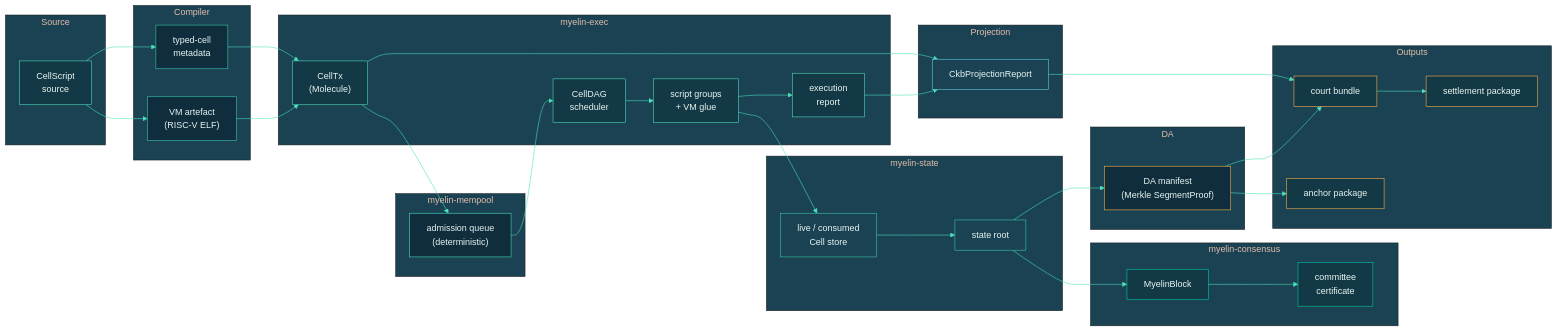
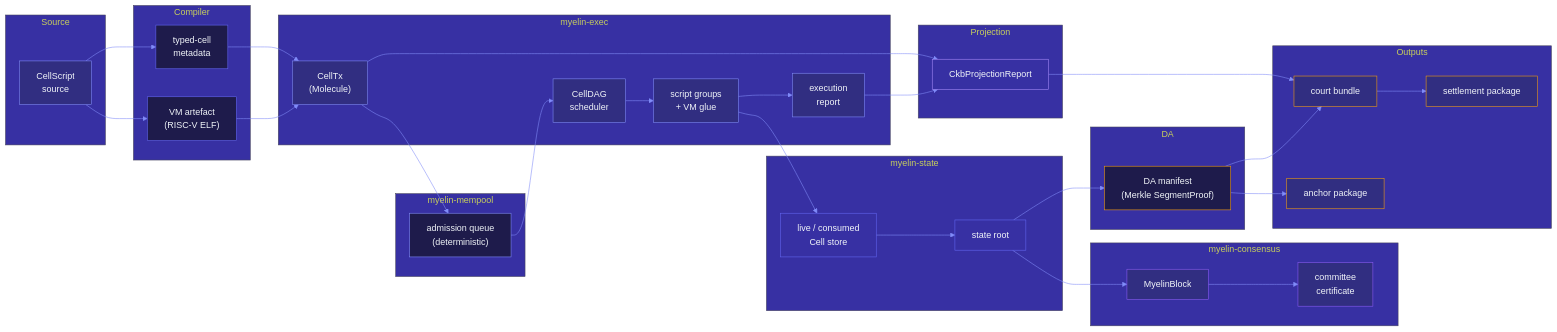
Before and after one commit to Myelin-Labs/Myelin: the first of 2 diagrams in docs/architecture/overview.md, drawn with Mermaid. The commit also changed other lines of this file and 31 other files, not shown here.

````diff
--- a/docs/architecture/overview.md
+++ b/docs/architecture/overview.md
@@ -10,80 +10,80 @@
 ```mermaid
 %%{init: {
   "theme": "base",
   "themeVariables": {
-    "primaryColor": "#0F2D3D",
-    "primaryTextColor": "#E8F5F1",
-    "primaryBorderColor": "#3CCBAA",
-    "lineColor": "#4EE0BC",
-    "secondaryColor": "#143946",
-    "tertiaryColor": "#1A4253",
+    "primaryColor": "#1E1B4B",
+    "primaryTextColor": "#F1F5F9",
+    "primaryBorderColor": "#6366F1",
+    "lineColor": "#818CF8",
+    "secondaryColor": "#312E81",
+    "tertiaryColor": "#3730A3",
     "fontFamily": "Inter, system-ui, sans-serif"
   }
 }}%%
 flowchart LR
     subgraph SRC["Source"]
         A["CellScript<br/>source"]:::src
     end
     subgraph COMP["Compiler"]
         B["typed-cell<br/>metadata"]:::comp
         C["VM artefact<br/>(RISC-V ELF)"]:::comp
     end
     subgraph EXEC["myelin-exec"]
         D["CellTx<br/>(Molecule)"]:::exec
         E["CellDAG<br/>scheduler"]:::exec
         F["script groups<br/>+ VM glue"]:::exec
         G["execution<br/>report"]:::exec
     end
     subgraph STATE["myelin-state"]
         H["live / consumed<br/>Cell store"]:::state
         I["state root"]:::state
     end
     subgraph POOL["myelin-mempool"]
         J["admission queue<br/>(deterministic)"]:::pool
     end
     subgraph CONS["myelin-consensus"]
         K["committee<br/>certificate"]:::cons
         L["MyelinBlock"]:::cons
     end
     subgraph PROJ["Projection"]
         M["CkbProjectionReport"]:::proj
     end
     subgraph DA["DA"]
         N["DA manifest<br/>(Merkle SegmentProof)"]:::da
     end
     subgraph OUT["Outputs"]
         O["court bundle"]:::out
         P["settlement package"]:::out
         Q["anchor package"]:::out
     end
 
     A --> B
     A --> C
     B --> D
     C --> D
     D --> J
     J --> E
     E --> F
     F --> G
     F --> H
     H --> I
     I --> L
     D --> M
     G --> M
     I --> N
     L --> K
     M --> O
     N --> O
     N --> Q
     O --> P
 
-    classDef src  fill:#143946,stroke:#4EE0BC,color:#E8F5F1;
-    classDef comp fill:#0F2D3D,stroke:#3CCBAA,color:#E8F5F1;
-    classDef exec fill:#143946,stroke:#4EE0BC,color:#E8F5F1;
-    classDef state fill:#1A4253,stroke:#3CCBAA,color:#E8F5F1;
-    classDef pool fill:#0F2D3D,stroke:#4EE0BC,color:#E8F5F1;
-    classDef cons fill:#143946,stroke:#00CC9F,color:#E8F5F1;
-    classDef proj fill:#1A4253,stroke:#5DD4E5,color:#E8F5F1;
-    classDef da   fill:#0F2D3D,stroke:#FFB347,color:#E8F5F1;
-    classDef out  fill:#143946,stroke:#FFB347,color:#E8F5F1;
+    classDef src  fill:#312E81,stroke:#818CF8,color:#F1F5F9;
+    classDef comp fill:#1E1B4B,stroke:#6366F1,color:#F1F5F9;
+    classDef exec fill:#312E81,stroke:#818CF8,color:#F1F5F9;
+    classDef state fill:#3730A3,stroke:#6366F1,color:#F1F5F9;
+    classDef pool fill:#1E1B4B,stroke:#818CF8,color:#F1F5F9;
+    classDef cons fill:#312E81,stroke:#8B5CF6,color:#F1F5F9;
+    classDef proj fill:#3730A3,stroke:#A78BFA,color:#F1F5F9;
+    classDef da   fill:#1E1B4B,stroke:#F59E0B,color:#F1F5F9;
+    classDef out  fill:#312E81,stroke:#F59E0B,color:#F1F5F9;
 ```
````
